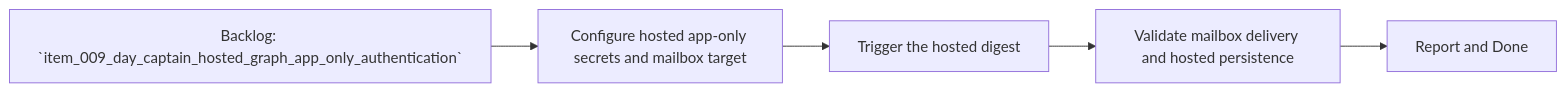
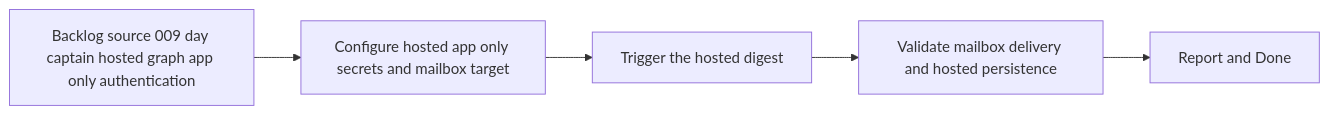
The diagram in logics/tasks/task_017_day_captain_hosted_graph_app_only_authentication_validation.md (AlexAgo83/day-captain), drawn with Mermaid before and after one commit. The commit also changed 40 other files, not shown here.

Commit message:
Normalize Logics Mermaid diagrams

````diff
--- a/logics/tasks/task_017_day_captain_hosted_graph_app_only_authentication_validation.md
+++ b/logics/tasks/task_017_day_captain_hosted_graph_app_only_authentication_validation.md
@@ -18,7 +18,7 @@
 ```mermaid
 flowchart LR
-    Backlog[Backlog: `item_009_day_captain_hosted_graph_app_only_authentication`] --> Step1[Configure hosted app-only secrets and mailbox target]
+    Backlog[Backlog source 009 day captain hosted graph app only authentication] --> Step1[Configure hosted app only secrets and mailbox target]
     Step1 --> Step2[Trigger the hosted digest]
     Step2 --> Step3[Validate mailbox delivery and hosted persistence]
     Step3 --> Report[Report and Done]
 ```
````
